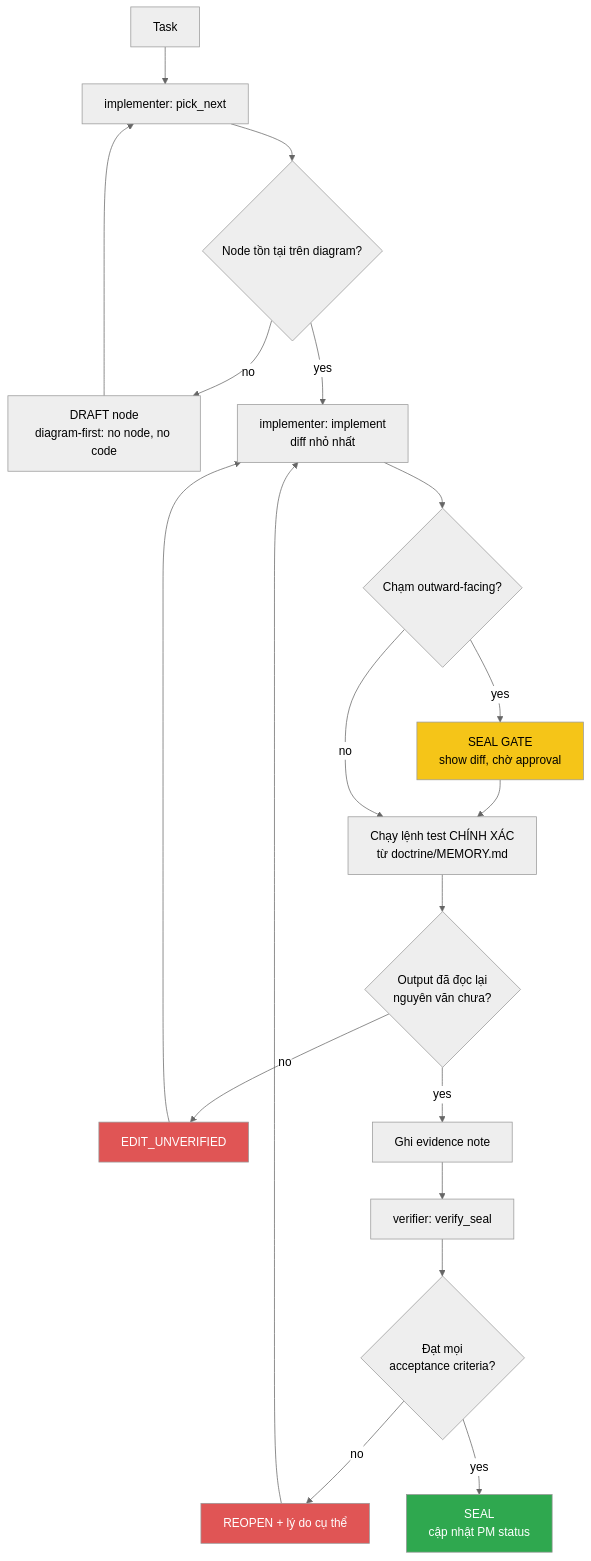
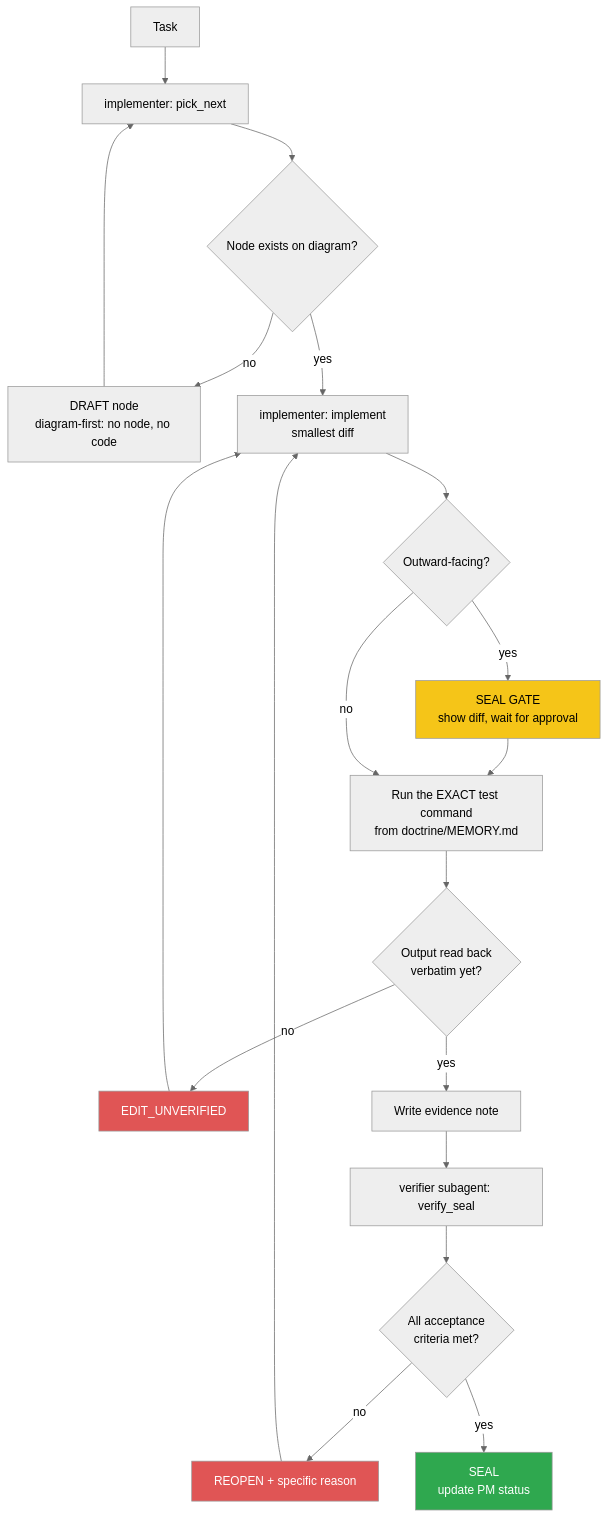
Before and after one commit to datvt243/nodejs-resume-api-ts: the diagram in agent-hub/haven/diagrams/dev-loop.prime-mermaid.md, drawn with Mermaid (neutral theme). The commit also changed other lines of this file and 22 other files, not shown here.

First line of the commit message:
docs(agent-hub): translate doctrine to English, verifier via subagent

````diff
--- a/agent-hub/haven/diagrams/dev-loop.prime-mermaid.md
+++ b/agent-hub/haven/diagrams/dev-loop.prime-mermaid.md
@@ -10,28 +10,28 @@
 ```mermaid
 flowchart TD
     task[Task] --> pick[implementer: pick_next]
-    pick --> exist{Node tồn tại trên diagram?}
+    pick --> exist{Node exists on diagram?}
     exist -- no --> draft[DRAFT node<br/>diagram-first: no node, no code]
     draft --> pick
-    exist -- yes --> impl[implementer: implement<br/>diff nhỏ nhất]
-    impl --> outward{Chạm outward-facing?}
-    outward -- yes --> gate[SEAL GATE<br/>show diff, chờ approval]
+    exist -- yes --> impl[implementer: implement<br/>smallest diff]
+    impl --> outward{Outward-facing?}
+    outward -- yes --> gate[SEAL GATE<br/>show diff, wait for approval]
     gate --> test
-    outward -- no --> test[Chạy lệnh test CHÍNH XÁC<br/>từ doctrine/MEMORY.md]
-    test --> readback{Output đã đọc lại<br/>nguyên văn chưa?}
+    outward -- no --> test[Run the EXACT test command<br/>from doctrine/MEMORY.md]
+    test --> readback{Output read back<br/>verbatim yet?}
     readback -- no --> unverified[EDIT_UNVERIFIED]
     unverified --> impl
-    readback -- yes --> evidence[Ghi evidence note]
-    evidence --> verifier[verifier: verify_seal]
-    verifier --> verdict{Đạt mọi<br/>acceptance criteria?}
-    verdict -- no --> reopen[REOPEN + lý do cụ thể]
+    readback -- yes --> evidence[Write evidence note]
+    evidence --> verifier[verifier subagent: verify_seal]
+    verifier --> verdict{All acceptance<br/>criteria met?}
+    verdict -- no --> reopen[REOPEN + specific reason]
     reopen --> impl
-    verdict -- yes --> seal[SEAL<br/>cập nhật PM status]
+    verdict -- yes --> seal[SEAL<br/>update PM status]
 
     classDef gate fill:#f5c518,color:#000
     classDef bad fill:#e05555,color:#fff
     classDef good fill:#2fa84f,color:#fff
     class gate gate
     class unverified,reopen bad
     class seal good
 ```
````
